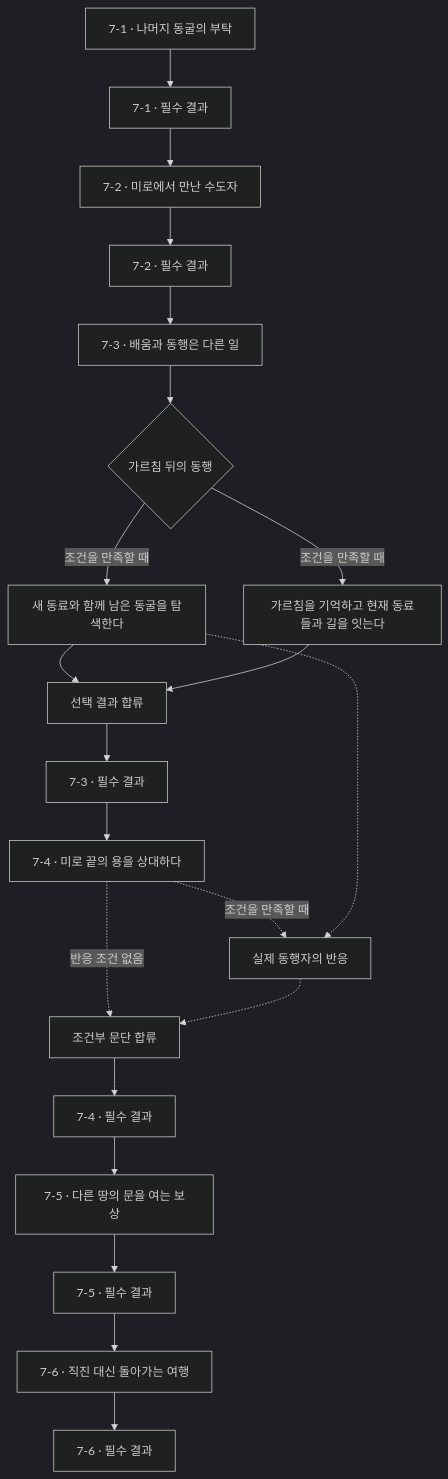
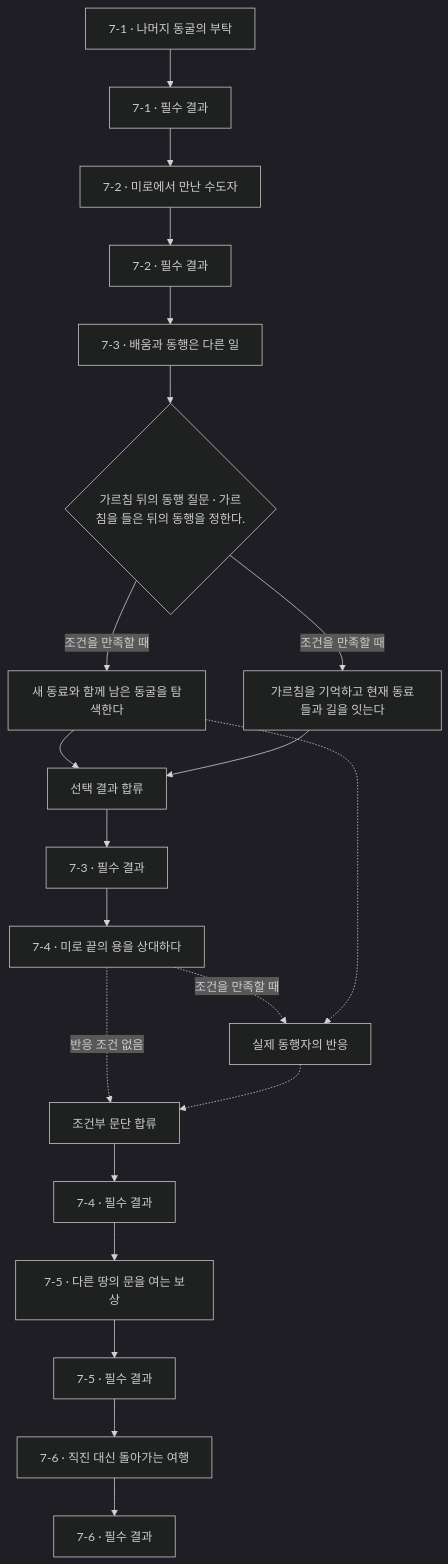
One commit to obmaz/lore changed the ninth of 17 diagrams in novel/writing/publication/generated/flow.md. Above: the diagram before and after it, drawn with Mermaid (dark theme). The commit also changed other lines of this file and 38 other files, not shown here.

````diff
--- a/novel/writing/publication/generated/flow.md
+++ b/novel/writing/publication/generated/flow.md
@@ -444,41 +450,41 @@
 ```mermaid
 flowchart TB
   n8b44ff9185c2ed08["7-1 · 나머지 동굴의 부탁"]
   ndbe827abbda936c9["7-1 · 필수 결과"]
   n245620203a63663f["7-2 · 미로에서 만난 수도자"]
   n7d6f51b603485ec5["7-2 · 필수 결과"]
   nc0d988d254eab0b9["7-3 · 배움과 동행은 다른 일"]
-  n11292543caf2cc55{"가르침 뒤의 동행"}
+  n11292543caf2cc55{"가르침 뒤의 동행 질문 · 가르침을 들은 뒤의 동행을 정한다."}
   n5053d953d0eba44f["선택 결과 합류"]
   nd1b8c04f531844d2["새 동료와 함께 남은 동굴을 탐색한다"]
   n5661fabb7f759bae["가르침을 기억하고 현재 동료들과 길을 잇는다"]
   n3d6c4eb1166c541d["7-3 · 필수 결과"]
   n89a8bc3ed58c1ef3["7-4 · 미로 끝의 용을 상대하다"]
   n8d8f89073310c30a["실제 동행자의 반응"]
   ne333a06e701cf503["조건부 문단 합류"]
   nc20cdd9fba6b9a23["7-4 · 필수 결과"]
   n725a73b1398a5ffa["7-5 · 다른 땅의 문을 여는 보상"]
   nd904fd859fea634e["7-5 · 필수 결과"]
   nbed892b425cbc05b["7-6 · 직진 대신 돌아가는 여행"]
   n4aab7677fa34714f["7-6 · 필수 결과"]
   n8b44ff9185c2ed08 --> ndbe827abbda936c9
   n245620203a63663f --> n7d6f51b603485ec5
   ndbe827abbda936c9 --> n245620203a63663f
   nc0d988d254eab0b9 --> n11292543caf2cc55
   n11292543caf2cc55 -->|조건을 만족할 때| nd1b8c04f531844d2
   nd1b8c04f531844d2 --> n5053d953d0eba44f
   n11292543caf2cc55 -->|조건을 만족할 때| n5661fabb7f759bae
   n5661fabb7f759bae --> n5053d953d0eba44f
   n5053d953d0eba44f --> n3d6c4eb1166c541d
   n7d6f51b603485ec5 --> nc0d988d254eab0b9
   n89a8bc3ed58c1ef3 -.->|조건을 만족할 때| n8d8f89073310c30a
   n89a8bc3ed58c1ef3 -.->|반응 조건 없음| ne333a06e701cf503
   n8d8f89073310c30a -.-> ne333a06e701cf503
   ne333a06e701cf503 --> nc20cdd9fba6b9a23
   n3d6c4eb1166c541d --> n89a8bc3ed58c1ef3
   n725a73b1398a5ffa --> nd904fd859fea634e
   nc20cdd9fba6b9a23 --> n725a73b1398a5ffa
   nbed892b425cbc05b --> n4aab7677fa34714f
   nd904fd859fea634e --> nbed892b425cbc05b
   nd1b8c04f531844d2 -.-> n8d8f89073310c30a
 ```
````
